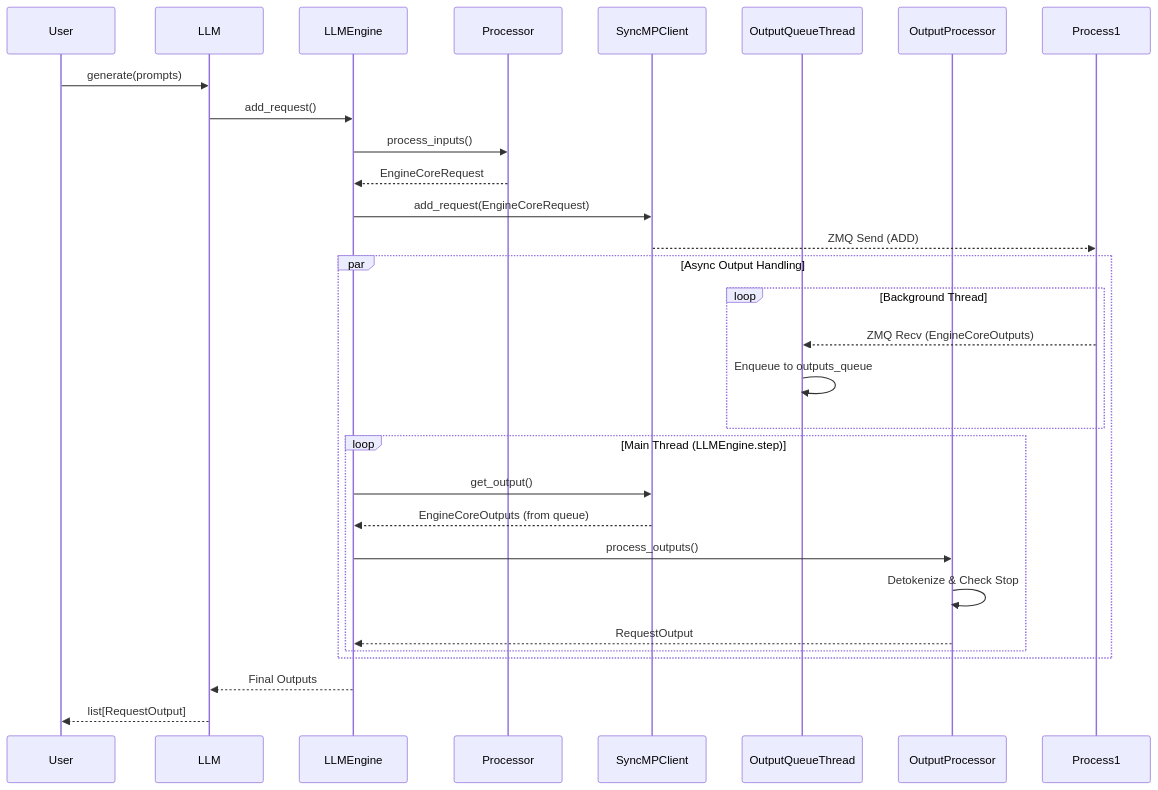
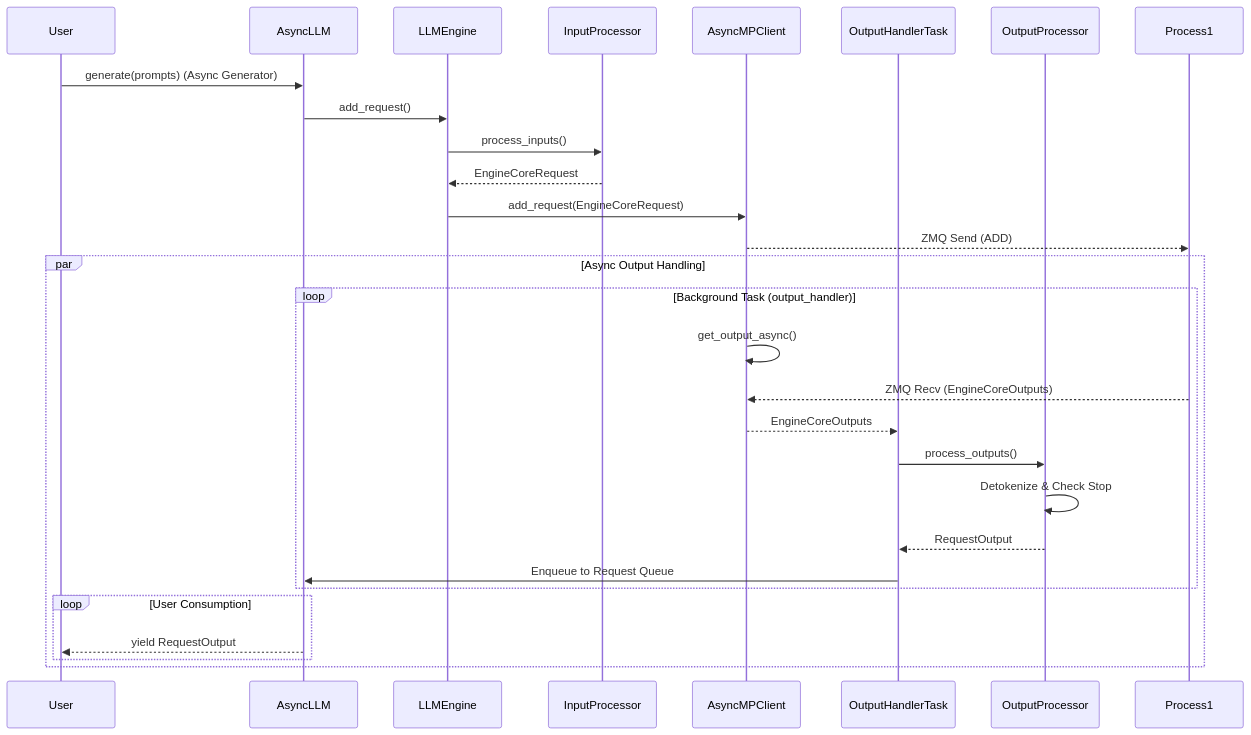
One commit to Icedcocon/Icedcocon.github.io changed the second of 4 diagrams in posts/ai/kvcache/lmcache-mooncake-vllm源码剖析/index.md. Above: the diagram before and after it, drawn with Mermaid. The commit also changed other lines of this file and 32 other files, not shown here.

````diff
--- a/posts/ai/kvcache/lmcache-mooncake-vllm源码剖析/index.md
+++ b/posts/ai/kvcache/lmcache-mooncake-vllm源码剖析/index.md
@@ -56,35 +61,33 @@
 ```mermaid
 sequenceDiagram
     participant User
-    participant LLM as LLM
+    participant AsyncLLM as AsyncLLM
     participant Engine as LLMEngine
-    participant Proc as Processor
-    participant Client as SyncMPClient
-    participant OutThread as OutputQueueThread
+    participant InProc as InputProcessor
+    participant Client as AsyncMPClient
+    participant OutTask as OutputHandlerTask
     participant OutProc as OutputProcessor
 
-    User->>LLM: generate(prompts)
-    LLM->>Engine: add_request()
-    Engine->>Proc: process_inputs()
-    Proc-->>Engine: EngineCoreRequest
+    User->>AsyncLLM: generate(prompts) (Async Generator)
+    AsyncLLM->>Engine: add_request()
+    Engine->>InProc: process_inputs()
+    InProc-->>Engine: EngineCoreRequest
     Engine->>Client: add_request(EngineCoreRequest)
     Client-->>Process1: ZMQ Send (ADD)
     
     par Async Output Handling
-        loop Background Thread
-            Process1-->>OutThread: ZMQ Recv (EngineCoreOutputs)
-            OutThread->>OutThread: Enqueue to outputs_queue
+        loop Background Task (output_handler)
+            Client->>Client: get_output_async()
+            Process1-->>Client: ZMQ Recv (EngineCoreOutputs)
+            Client-->>OutTask: EngineCoreOutputs
+            OutTask->>OutProc: process_outputs()
+            OutProc->>OutProc: Detokenize & Check Stop
+            OutProc-->>OutTask: RequestOutput
+            OutTask->>AsyncLLM: Enqueue to Request Queue
         end
         
-        loop Main Thread (LLMEngine.step)
-            Engine->>Client: get_output()
-            Client-->>Engine: EngineCoreOutputs (from queue)
-            Engine->>OutProc: process_outputs()
-            OutProc->>OutProc: Detokenize & Check Stop
-            OutProc-->>Engine: RequestOutput
+        loop User Consumption
+            AsyncLLM-->>User: yield RequestOutput
         end
     end
-    
-    Engine-->>LLM: Final Outputs
-    LLM-->>User: list[RequestOutput]
 ```
````
